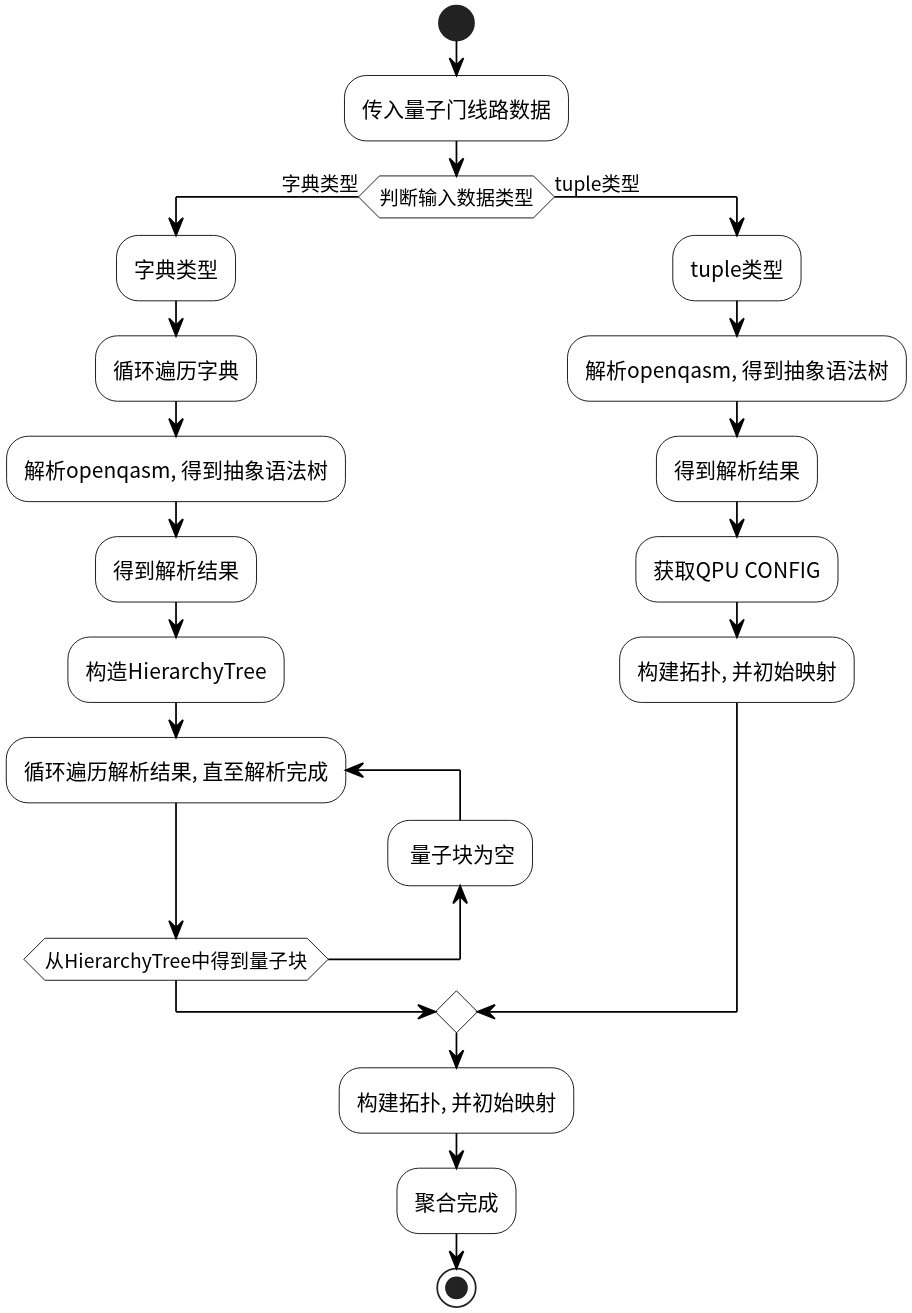
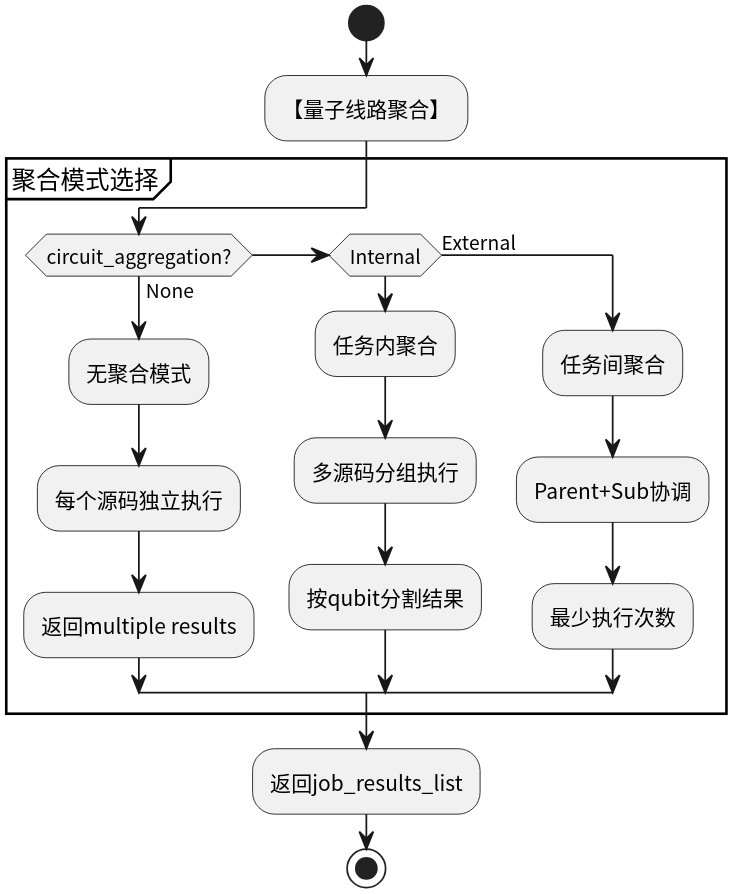
The diagram in docs/sphinx/source/_static/design/module-design/circuit-aggregation.puml (zhaoyi-yewu/qcos), drawn with PlantUML before and after one commit. The commit also changed 4 other files, not shown here.

First line of the commit message:
Add circuit aggregation design documentation

```diff
--- a/docs/sphinx/source/_static/design/module-design/circuit-aggregation.puml
+++ b/docs/sphinx/source/_static/design/module-design/circuit-aggregation.puml
@@ -1,43 +1,34 @@
-@startuml
+@startuml circuit-aggregation
 ' 统一全局字体，确保中文正常显示
 skinparam defaultFontName "Noto Sans CJK SC"
 skinparam dpi 300
 
-' 使用活动图语法，自动生成流程箭头（垂直向下）
-' 风格设置保持简洁、黑白为主
+' 总体概览：三种聚合模式的简洁对比
 skinparam backgroundcolor #FFFFFF
 skinparam defaultTextAlignment center
-skinparam ArrowColor #000000
-skinparam activity {
-  BorderColor #000000
-  BackgroundColor #FFFFFF
-  CornerRadius 5
-}
 
 start
 
-:传入量子门线路数据;
+:【量子线路聚合】;
 
-if (判断输入数据类型) then (字典类型)
-  :字典类型;
-  :循环遍历字典;
-  :解析openqasm, 得到抽象语法树;
-  :得到解析结果;
-  :构造HierarchyTree;
-  repeat :循环遍历解析结果, 直至解析完成;
-  backward: 量子块为空;
-  repeat while (从HierarchyTree中得到量子块)
-else (tuple类型)
-  :tuple类型;
-  :解析openqasm, 得到抽象语法树;
-  :得到解析结果;
-  :获取QPU CONFIG;
-  :构建拓扑, 并初始映射;
-endif
+partition "聚合模式选择" {
+    if (circuit_aggregation?) then (None)
+        :无聚合模式;
+        :每个源码独立执行;
+        :返回multiple results;
+    else if (Internal)
+        :任务内聚合;
+        :多源码分组执行;
+        :按qubit分割结果;
+    else (External)
+        :任务间聚合;
+        :Parent+Sub协调;
+        :最少执行次数;
+    endif
+}
 
-' 两个分支的流程在此汇合，继续向下流动
-:构建拓扑, 并初始映射;
-:聚合完成;
+:返回job_results_list;
 
 stop
+
 @enduml
```
